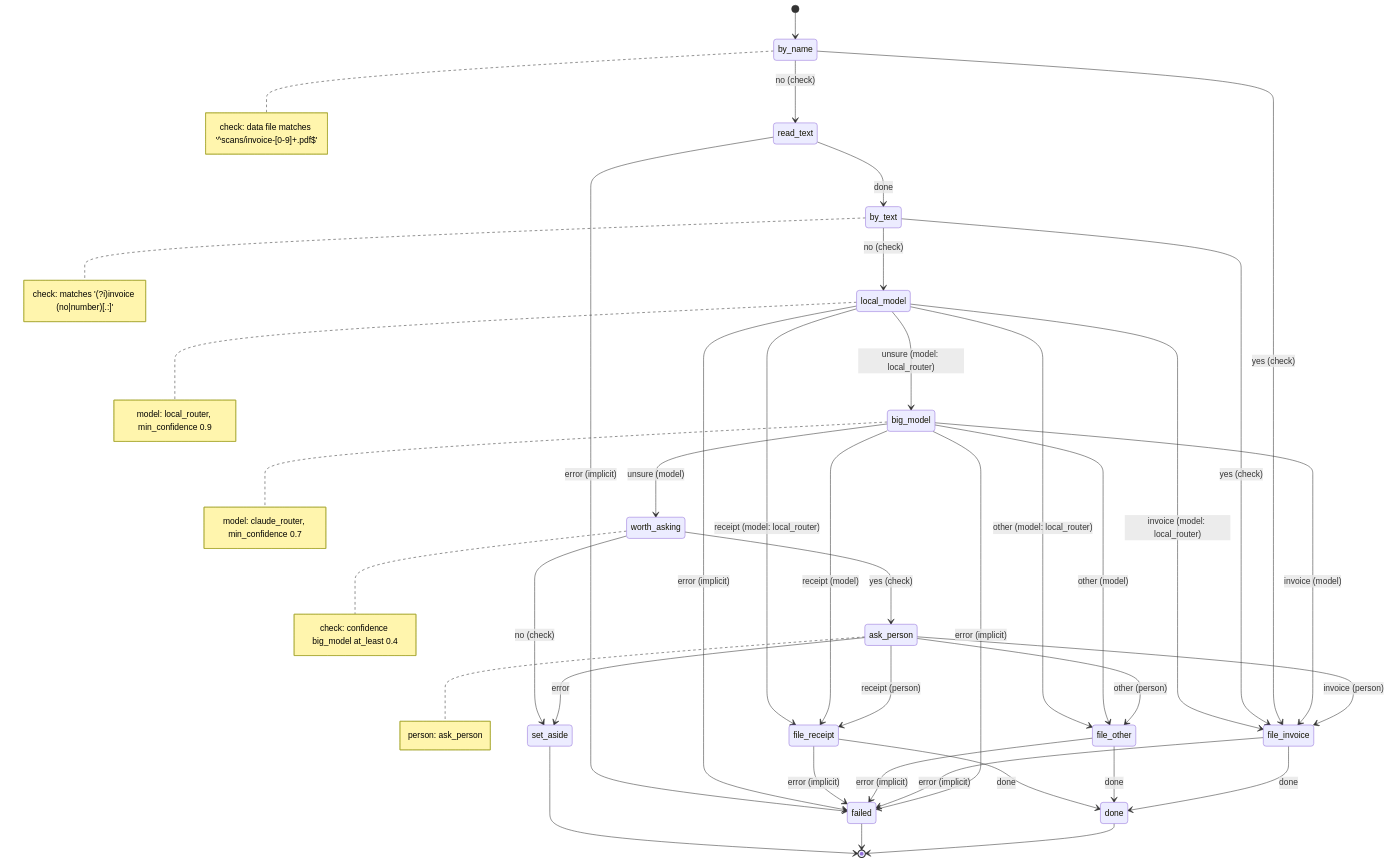
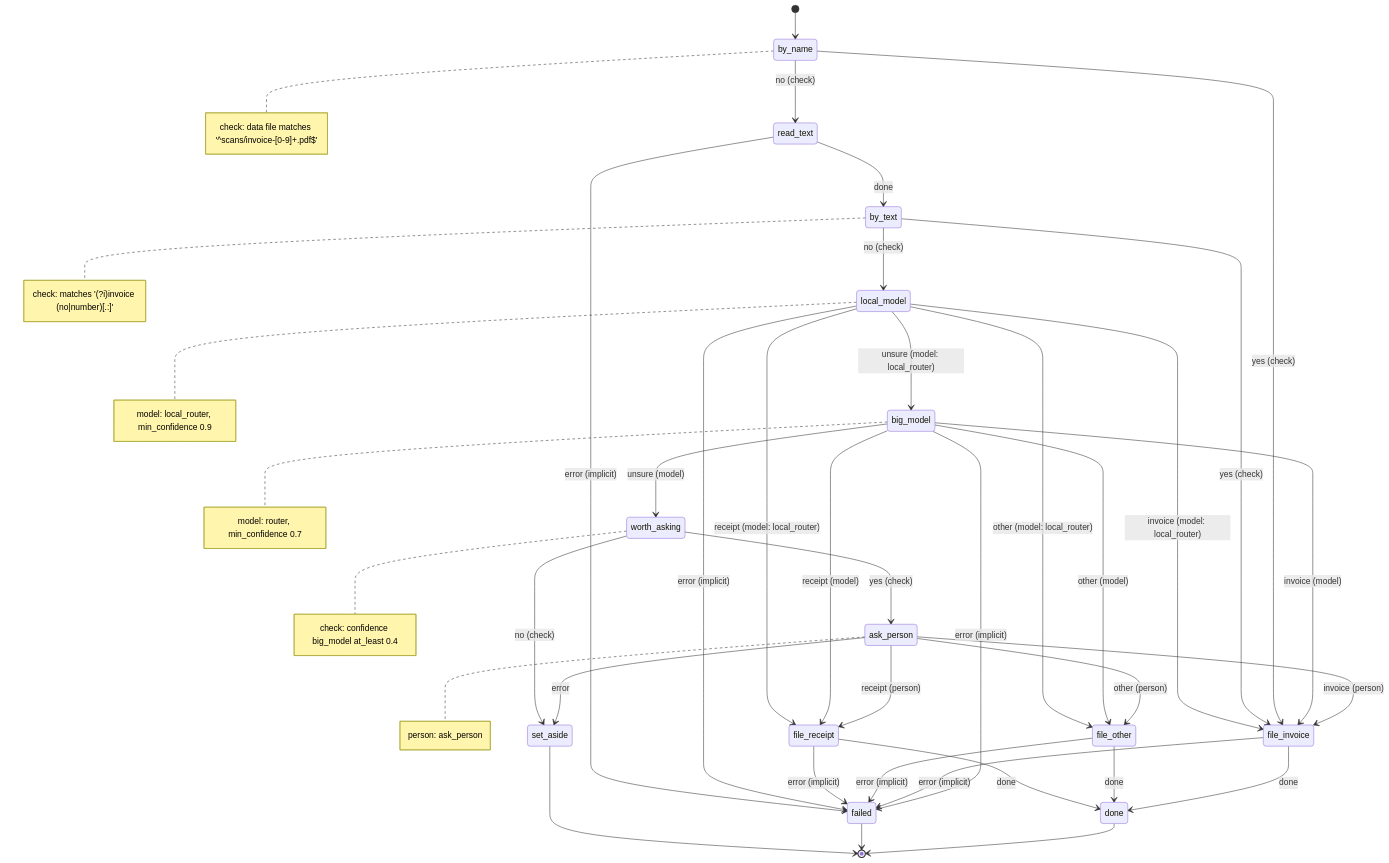
The diagram in mock/.decree/graph/sort_document.md (jtmckay/decree), drawn with Mermaid before and after one commit. The commit also changed 46 other files, not shown here.

````diff
--- a/mock/.decree/graph/sort_document.md
+++ b/mock/.decree/graph/sort_document.md
@@ -7,53 +7,53 @@
 ```mermaid
 stateDiagram-v2
     [*] --> by_name
     ask_person --> set_aside: error
     ask_person --> file_invoice: invoice (person)
     ask_person --> file_other: other (person)
     ask_person --> file_receipt: receipt (person)
     big_model --> failed: error (implicit)
     big_model --> file_invoice: invoice (model)
     big_model --> file_other: other (model)
     big_model --> file_receipt: receipt (model)
     big_model --> worth_asking: unsure (model)
     by_name --> read_text: no (check)
     by_name --> file_invoice: yes (check)
     by_text --> local_model: no (check)
     by_text --> file_invoice: yes (check)
     file_invoice --> done: done
     file_invoice --> failed: error (implicit)
     file_other --> done: done
     file_other --> failed: error (implicit)
     file_receipt --> done: done
     file_receipt --> failed: error (implicit)
     local_model --> failed: error (implicit)
     local_model --> file_invoice: invoice (model: local_router)
     local_model --> file_other: other (model: local_router)
     local_model --> file_receipt: receipt (model: local_router)
     local_model --> big_model: unsure (model: local_router)
     read_text --> by_text: done
     read_text --> failed: error (implicit)
     worth_asking --> set_aside: no (check)
     worth_asking --> ask_person: yes (check)
     done --> [*]
     failed --> [*]
     set_aside --> [*]
     note right of ask_person
         person: ask_person
     end note
     note right of big_model
-        model: claude_router, min_confidence 0.7
+        model: router, min_confidence 0.7
     end note
     note right of by_name
         check: data file matches '^scans/invoice-[0-9]+\.pdf$'
     end note
     note right of by_text
         check: matches '(?i)invoice (no|number)[.:]'
     end note
     note right of local_model
         model: local_router, min_confidence 0.9
     end note
     note right of worth_asking
         check: confidence big_model at_least 0.4
     end note
 ```
````
